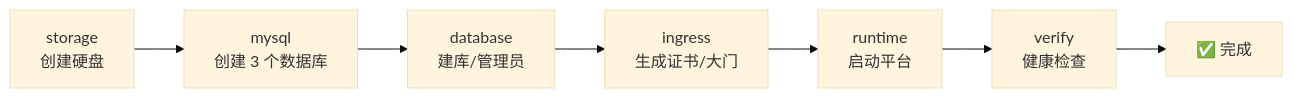
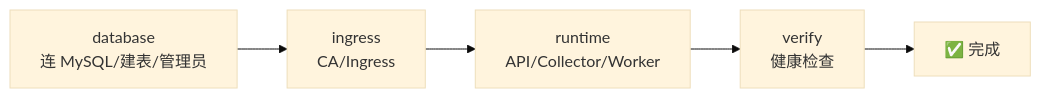
One commit to todaysu/k8s-platform changed the second of 3 diagrams in docs/deployment/install-beginner.md. Above: the diagram before and after it, drawn with Mermaid (base theme). The commit also changed other lines of this file and 17 other files, not shown here.

````diff
--- a/docs/deployment/install-beginner.md
+++ b/docs/deployment/install-beginner.md
@@ -327,9 +335,7 @@
 ```mermaid
 flowchart LR
-    A["storage<br/>创建硬盘"] --> B["mysql<br/>创建 3 个数据库"]
-    B --> C["database<br/>建库/管理员"]
-    C --> D["ingress<br/>生成证书/大门"]
-    D --> E["runtime<br/>启动平台"]
-    E --> F["verify<br/>健康检查"]
-    F --> G["✅ 完成"]
+    A["database<br/>连 MySQL/建表/管理员"] --> B["ingress<br/>CA/Ingress"]
+    B --> C["runtime<br/>API/Collector/Worker"]
+    C --> D["verify<br/>健康检查"]
+    D --> E["✅ 完成"]
 ```
````
